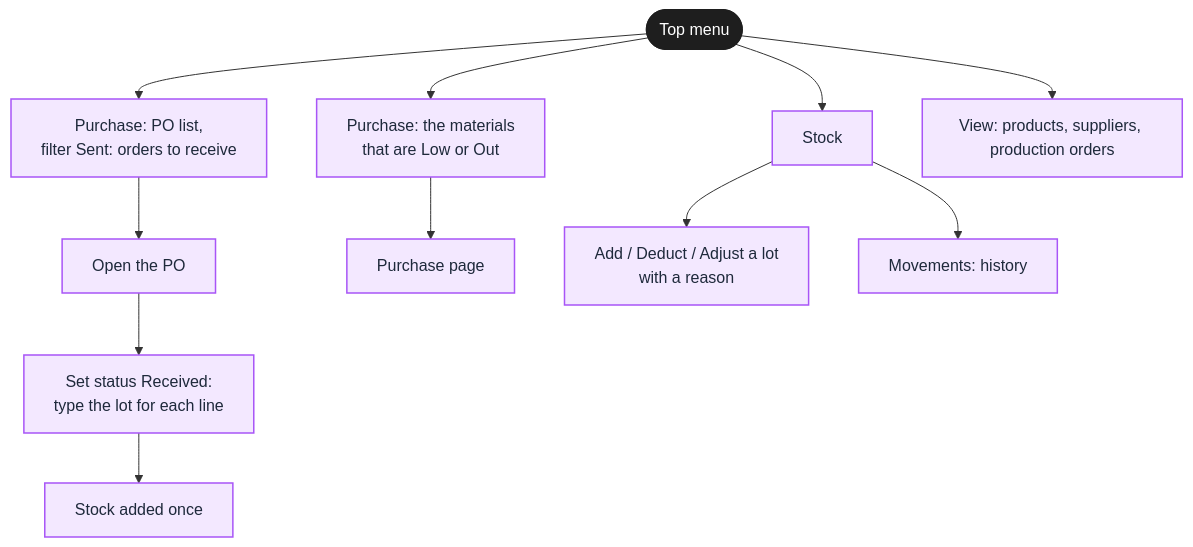
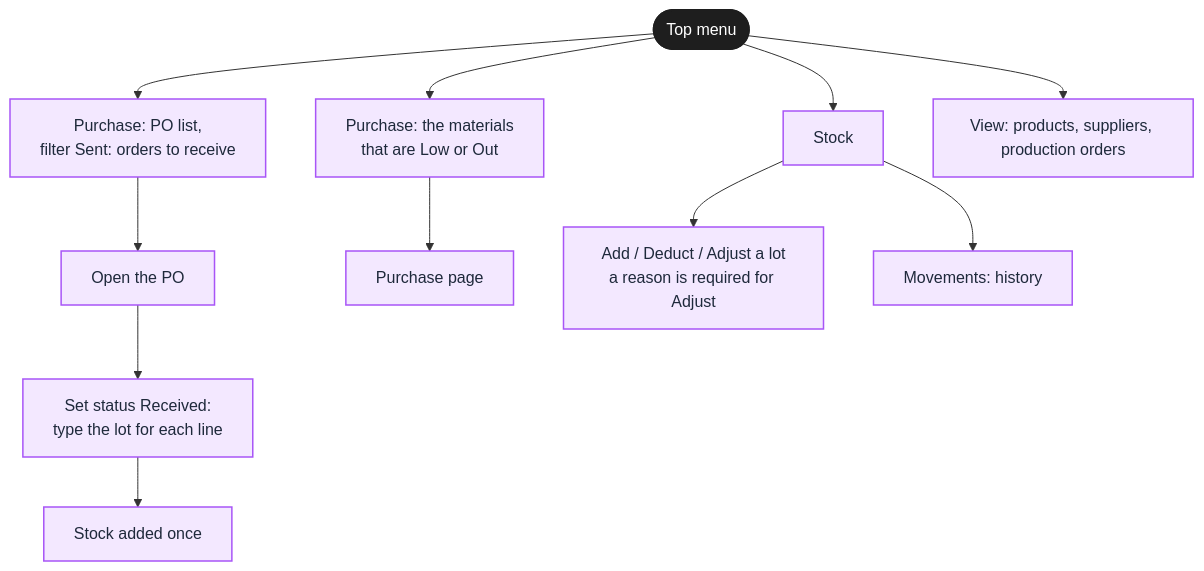
The seventh of 12 diagrams in docs/ProjectdocInfo/UserFlow/User Flow.md (Detmon0410/Base_Sample_ERP), drawn with Mermaid before and after one commit. The commit also changed other lines of this file and 16 other files, not shown here.

Commit message:
Diagrams follow the system: ER has every column, the two-column keys, the three missing lines and the real minimums; process status, Confirm QT order, stock reason and GET /materials corrected; links between documents fixed

````diff
--- a/docs/ProjectdocInfo/UserFlow/User Flow.md
+++ b/docs/ProjectdocInfo/UserFlow/User Flow.md
@@ -150,18 +150,18 @@
 ```mermaid
 flowchart TD
     classDef startEnd fill:#1e1e1e,stroke:#1e1e1e,color:#ffffff,stroke-width:2px;
     classDef action fill:#f3e8ff,stroke:#a855f7,color:#1e293b,stroke-width:1.5px;
     classDef decision fill:#e0f2fe,stroke:#0284c7,color:#1e293b,stroke-width:1.5px;
     classDef error fill:#fee2e2,stroke:#ef4444,color:#991b1b,stroke-width:1.5px;
 
     T([Top menu]):::startEnd --> A3["Purchase: PO list,<br/>filter Sent: orders to receive"]:::action
     T --> A4["Purchase: the materials<br/>that are Low or Out"]:::action
     T --> S[Stock]:::action
     T --> V[View: products, suppliers, production orders]:::action
     A3 --> R1[Open the PO]:::action
     R1 --> R2[Set status Received:<br/>type the lot for each line]:::action
     R2 --> R3[Stock added once]:::action
     A4 --> P1[Purchase page]:::action
-    S --> S1[Add / Deduct / Adjust a lot<br/>with a reason]:::action
+    S --> S1[Add / Deduct / Adjust a lot<br/>a reason is required for Adjust]:::action
     S --> S2[Movements: history]:::action
 ```
````
